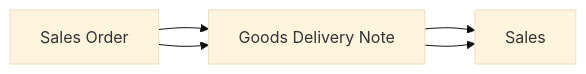
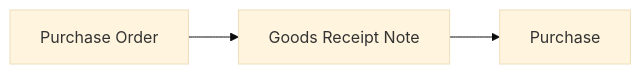
The fourth of 5 diagrams in docs/data-structure.md (dhananjay1405/tally-database-loader), drawn with Mermaid (base theme) before and after one commit. The commit also changed other lines of this file, not shown here.

````diff
--- a/docs/data-structure.md
+++ b/docs/data-structure.md
@@ -188,5 +189,4 @@
 ```mermaid
 flowchart LR
 	id1[Purchase Order] --> id2[Goods Receipt Note] --> id3[Purchase]
-	id1[Sales Order] --> id2[Goods Delivery Note] --> id3[Sales]
 ```
````
